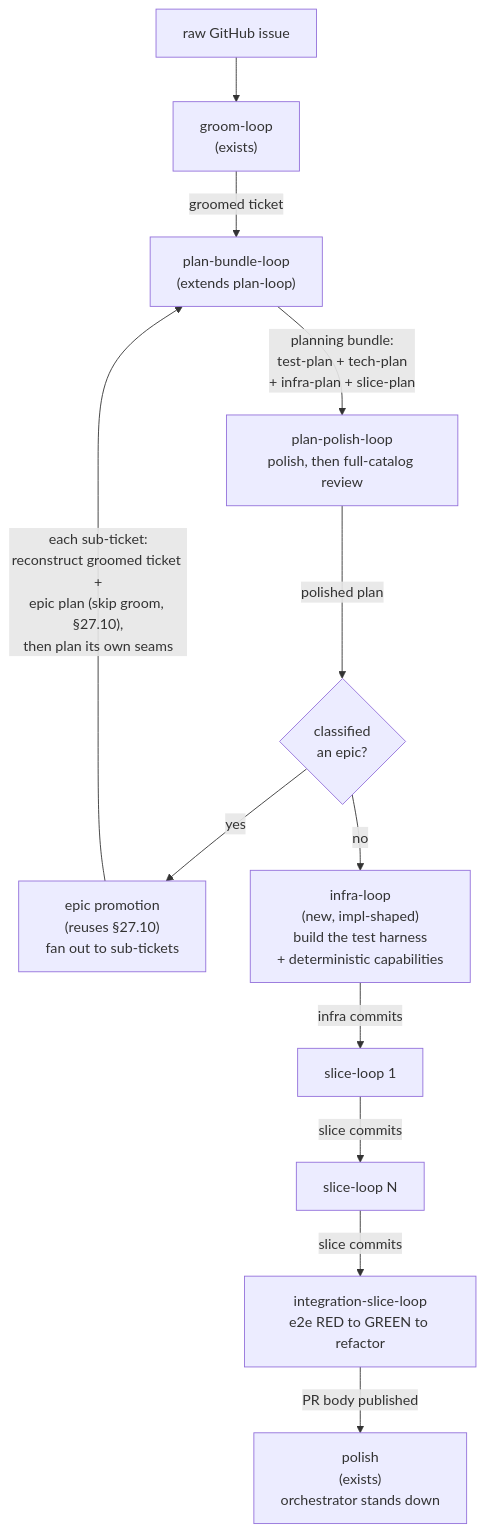
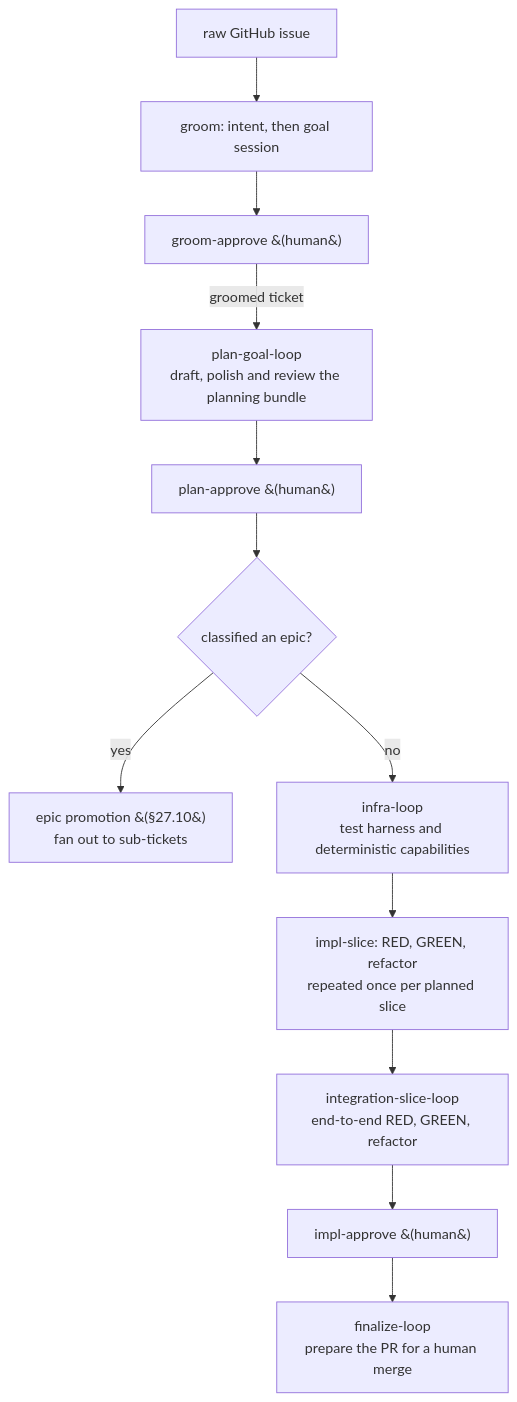
The first of 2 diagrams in docs/spec/28-the-full-tdd-development-process-a-chain-of-loops.md (dylanb/agent-terminal), drawn with Mermaid before and after one commit. The commit also changed other lines of this file and 165 other files, not shown here.

First line of the commit message:
[skip ci] Docs describe the current system and its reasons, not its history (v2.221)

````diff
--- a/docs/spec/28-the-full-tdd-development-process-a-chain-of-loops.md
+++ b/docs/spec/28-the-full-tdd-development-process-a-chain-of-loops.md
@@ -24,14 +18,14 @@
 ```mermaid
 flowchart TD
-  RAW["raw GitHub issue"] --> GROOM["groom-loop<br/>(exists)"]
-  GROOM -->|"groomed ticket"| PLAN["plan-bundle-loop<br/>(extends plan-loop)"]
-  PLAN -->|"planning bundle:<br/>test-plan + tech-plan<br/>+ infra-plan + slice-plan"| PPOLISH["plan-polish-loop<br/>polish, then full-catalog review"]
-  PPOLISH -->|"polished plan"| EPICQ{"classified<br/>an epic?"}
-  EPICQ -->|"yes"| PROMO["epic promotion<br/>(reuses §27.10)<br/>fan out to sub-tickets"]
-  PROMO -->|"each sub-ticket:<br/>reconstruct groomed ticket +<br/>epic plan (skip groom, §27.10),<br/>then plan its own seams"| PLAN
-  EPICQ -->|"no"| INFRA["infra-loop<br/>(new, impl-shaped)<br/>build the test harness<br/>+ deterministic capabilities"]
-  INFRA -->|"infra commits"| SLICE1["slice-loop 1"]
-  SLICE1 -->|"slice commits"| SLICEN["slice-loop N"]
-  SLICEN -->|"slice commits"| INTEG["integration-slice-loop<br/>e2e RED to GREEN to refactor"]
-  INTEG -->|"PR body published"| POLISH["polish<br/>(exists)<br/>orchestrator stands down"]
+  RAW["raw GitHub issue"] --> GROOM["groom: intent, then goal session"]
+  GROOM --> GAPPROVE["groom-approve &#40;human&#41;"]
+  GAPPROVE -->|"groomed ticket"| PLAN["plan-goal-loop<br/>draft, polish and review the planning bundle"]
+  PLAN --> PAPPROVE["plan-approve &#40;human&#41;"]
+  PAPPROVE --> EPICQ{"classified an epic?"}
+  EPICQ -->|"yes"| PROMO["epic promotion &#40;§27.10&#41;<br/>fan out to sub-tickets"]
+  EPICQ -->|"no"| INFRA["infra-loop<br/>test harness and deterministic capabilities"]
+  INFRA --> SLICE["impl-slice: RED, GREEN, refactor<br/>repeated once per planned slice"]
+  SLICE --> INTEG["integration-slice-loop<br/>end-to-end RED, GREEN, refactor"]
+  INTEG --> IAPPROVE["impl-approve &#40;human&#41;"]
+  IAPPROVE --> FINAL["finalize-loop<br/>prepare the PR for a human merge"]
 ```
````
